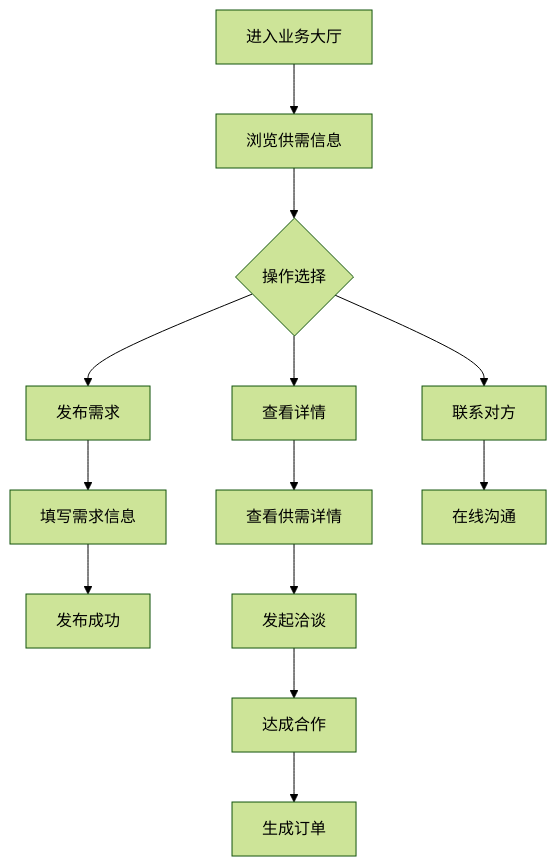
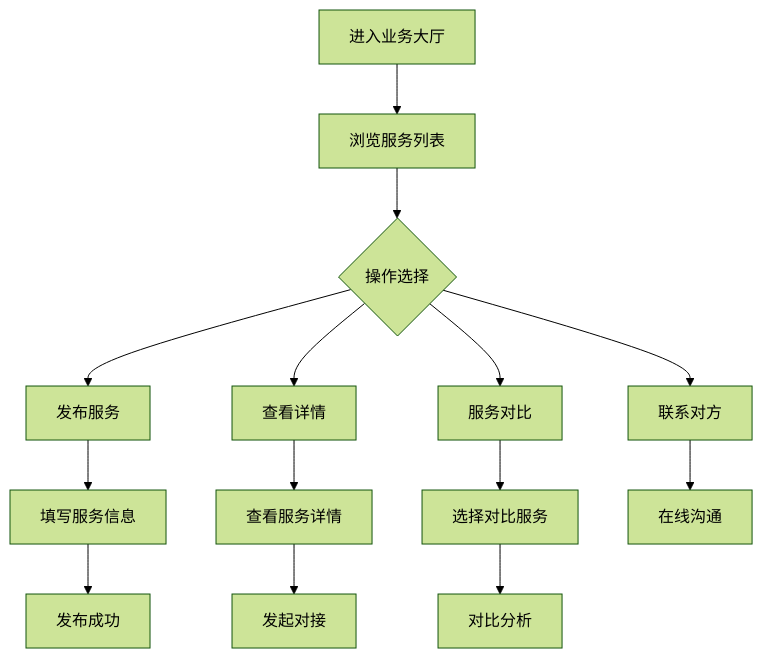
The diagram in docs/产业管理/业务大厅.md (573746624-hash/JZT------20260310), drawn with Mermaid (forest theme) before and after one commit. The commit also changed other lines of this file and 88 other files, not shown here.

````diff
--- a/docs/产业管理/业务大厅.md
+++ b/docs/产业管理/业务大厅.md
@@ -30,15 +29,16 @@
 ```mermaid
 flowchart TD
-    A[进入业务大厅] --> B[浏览供需信息]
+    A[进入业务大厅] --> B[浏览服务列表]
     B --> C{操作选择}
-    C --> D[发布需求]
+    C --> D[发布服务]
     C --> E[查看详情]
-    C --> F[联系对方]
-    D --> G[填写需求信息]
-    G --> H[发布成功]
-    E --> I[查看供需详情]
-    I --> J[发起洽谈]
-    F --> K[在线沟通]
-    J --> L[达成合作]
-    L --> M[生成订单]
+    C --> F[服务对比]
+    C --> G[联系对方]
+    D --> H[填写服务信息]
+    H --> I[发布成功]
+    E --> J[查看服务详情]
+    J --> K[发起对接]
+    F --> L[选择对比服务]
+    L --> M[对比分析]
+    G --> N[在线沟通]
 ```
````
